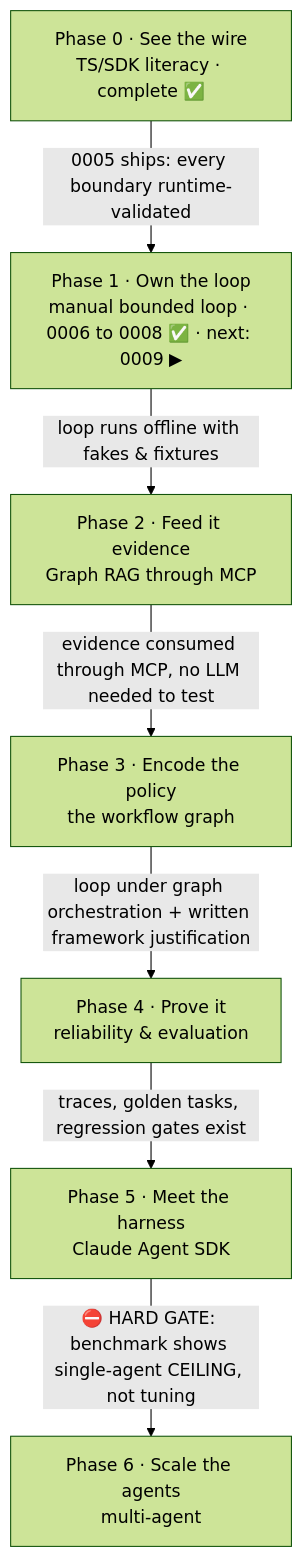
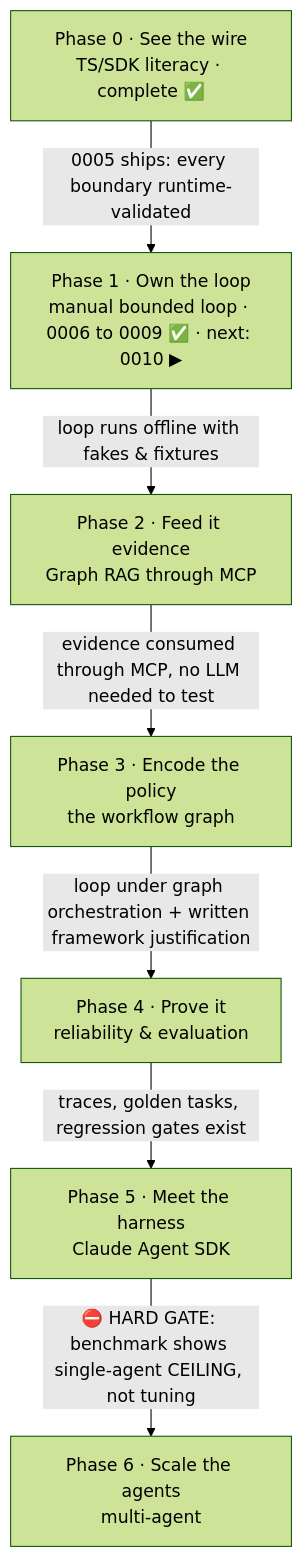
The first of 4 diagrams in wiki/course/course-module-graph.md (JozsefKiss90/TS), drawn with Mermaid (forest theme) before and after one commit. The commit also changed other lines of this file and 46 other files, not shown here.

````diff
--- a/wiki/course/course-module-graph.md
+++ b/wiki/course/course-module-graph.md
@@ -17,16 +17,16 @@
 ```mermaid
 flowchart TD
     P0["Phase 0 · See the wire<br/>TS/SDK literacy · complete ✅"]
-    P1["Phase 1 · Own the loop<br/>manual bounded loop · 0006 to 0008 ✅ · next: 0009 ▶"]
+    P1["Phase 1 · Own the loop<br/>manual bounded loop · 0006 to 0009 ✅ · next: 0010 ▶"]
     P2["Phase 2 · Feed it evidence<br/>Graph RAG through MCP"]
     P3["Phase 3 · Encode the policy<br/>the workflow graph"]
     P4["Phase 4 · Prove it<br/>reliability & evaluation"]
     P5["Phase 5 · Meet the harness<br/>Claude Agent SDK"]
     P6["Phase 6 · Scale the agents<br/>multi-agent"]
     P0 -->|"0005 ships: every boundary runtime-validated"| P1
     P1 -->|"loop runs offline with fakes & fixtures"| P2
     P2 -->|"evidence consumed through MCP, no LLM needed to test"| P3
     P3 -->|"loop under graph orchestration + written framework justification"| P4
     P4 -->|"traces, golden tasks, regression gates exist"| P5
     P5 -->|"⛔ HARD GATE: benchmark shows single-agent CEILING, not tuning"| P6
 ```
````
